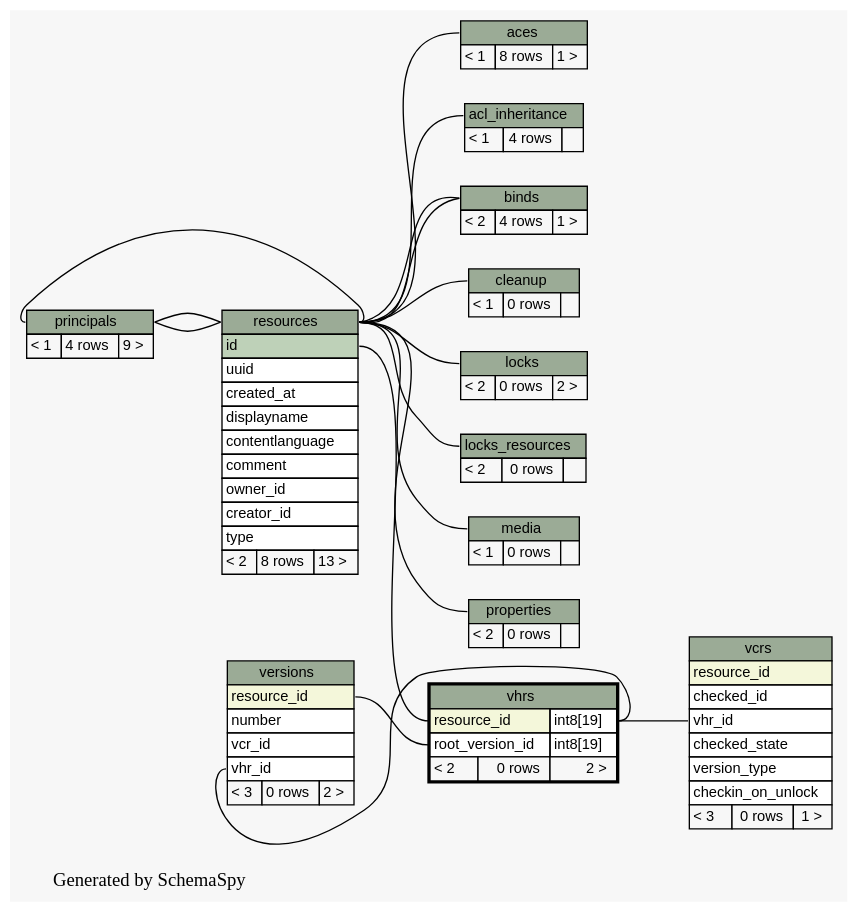
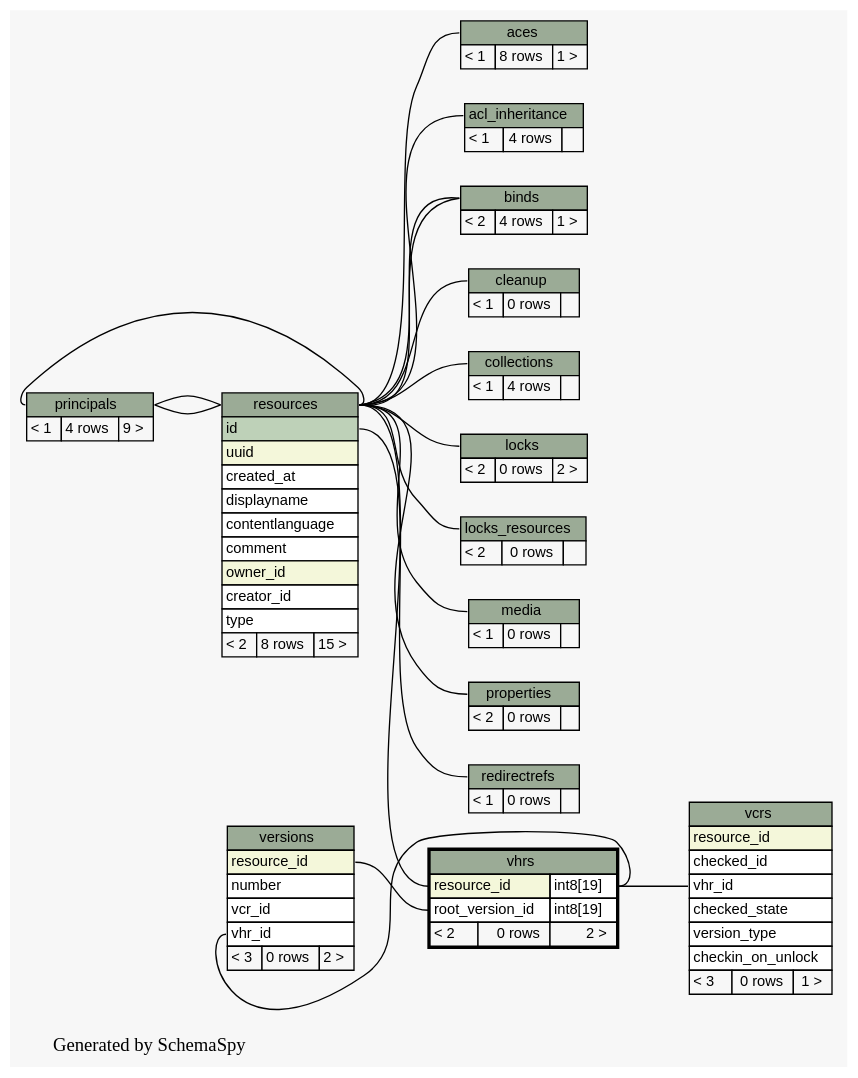
Before and after one commit to tolsen/limestone: the diagram in limestone/doc/schemaSpy/graphs/vhrs.2degrees.dot, drawn with Graphviz. The commit also changed 156 other files, not shown here.

Commit message:
update limestone schemaSpy

```diff
--- a/limestone/doc/schemaSpy/graphs/vhrs.2degrees.dot
+++ b/limestone/doc/schemaSpy/graphs/vhrs.2degrees.dot
@@ -1,171 +1,191 @@
-// dot 2.20.2 on Linux 2.6.25-2-amd64
+// dot 2.20.2 on Linux 2.6.28-1-amd64
 digraph "twoDegreesRelationshipsGraph" {
   graph [
     rankdir="RL"
     bgcolor="#f7f7f7"
     label="\nGenerated by SchemaSpy"
     labeljust="l"
   ];
   node [
     fontname="Helvetica"
     fontsize="11"
     shape="plaintext"
   ];
   edge [
     arrowsize="0.8"
   ];
   "aces":"aces.heading":w -> "resources":"resources.heading":e [arrowtail=crowtee arrowhead=none];
   "acl_inheritance":"acl_inheritance.heading":w -> "resources":"resources.heading":e [arrowtail=tee arrowhead=none];
   "binds":"binds.heading":w -> "resources":"resources.heading":e [arrowtail=crowtee arrowhead=none];
   "binds":"binds.heading":w -> "resources":"resources.heading":e [arrowtail=crowtee arrowhead=none];
   "cleanup":"cleanup.heading":w -> "resources":"resources.heading":e [arrowtail=crowtee arrowhead=none];
+  "collections":"collections.heading":w -> "resources":"resources.heading":e [arrowtail=tee arrowhead=none];
   "locks":"locks.heading":w -> "resources":"resources.heading":e [arrowtail=crowtee arrowhead=none];
   "locks_resources":"locks_resources.heading":w -> "resources":"resources.heading":e [arrowtail=crowtee arrowhead=none];
   "media":"media.heading":w -> "resources":"resources.heading":e [arrowtail=crowtee arrowhead=none];
   "principals":"principals.heading":w -> "resources":"resources.heading":e [arrowtail=tee arrowhead=none];
   "properties":"properties.heading":w -> "resources":"resources.heading":e [arrowtail=crowtee arrowhead=none];
+  "redirectrefs":"redirectrefs.heading":w -> "resources":"resources.heading":e [arrowtail=tee arrowhead=none];
   "resources":"resources.heading":w -> "principals":"principals.heading":e [arrowtail=crowtee arrowhead=none];
   "resources":"resources.heading":w -> "principals":"principals.heading":e [arrowtail=crowtee arrowhead=none];
   "vcrs":"vhr_id":w -> "vhrs":"resource_id.type":e [arrowtail=crowtee arrowhead=none];
   "versions":"vhr_id":w -> "vhrs":"resource_id.type":e [arrowtail=crowtee arrowhead=none];
   "vhrs":"resource_id":w -> "resources":"id":e [arrowtail=tee arrowhead=none];
   "vhrs":"root_version_id":w -> "versions":"resource_id":e [arrowtail=crowtee arrowhead=none];
   "aces" [
     label=<
     <TABLE BORDER="0" CELLBORDER="1" CELLSPACING="0" BGCOLOR="#ffffff">
       <TR><TD PORT="aces.heading" COLSPAN="3" BGCOLOR="#9bab96" ALIGN="CENTER">aces</TD></TR>
       <TR><TD ALIGN="LEFT" BGCOLOR="#f7f7f7">&lt; 1</TD><TD ALIGN="RIGHT" BGCOLOR="#f7f7f7">8 rows</TD><TD ALIGN="RIGHT" BGCOLOR="#f7f7f7">1 &gt;</TD></TR>
     </TABLE>>
     URL="aces.html#graph"
     tooltip="aces"
   ];
   "acl_inheritance" [
     label=<
     <TABLE BORDER="0" CELLBORDER="1" CELLSPACING="0" BGCOLOR="#ffffff">
       <TR><TD PORT="acl_inheritance.heading" COLSPAN="3" BGCOLOR="#9bab96" ALIGN="CENTER">acl_inheritance</TD></TR>
       <TR><TD ALIGN="LEFT" BGCOLOR="#f7f7f7">&lt; 1</TD><TD ALIGN="RIGHT" BGCOLOR="#f7f7f7">4 rows</TD><TD ALIGN="RIGHT" BGCOLOR="#f7f7f7">  </TD></TR>
     </TABLE>>
     URL="acl_inheritance.html#graph"
     tooltip="acl_inheritance"
   ];
   "binds" [
     label=<
     <TABLE BORDER="0" CELLBORDER="1" CELLSPACING="0" BGCOLOR="#ffffff">
       <TR><TD PORT="binds.heading" COLSPAN="3" BGCOLOR="#9bab96" ALIGN="CENTER">binds</TD></TR>
       <TR><TD ALIGN="LEFT" BGCOLOR="#f7f7f7">&lt; 2</TD><TD ALIGN="RIGHT" BGCOLOR="#f7f7f7">4 rows</TD><TD ALIGN="RIGHT" BGCOLOR="#f7f7f7">1 &gt;</TD></TR>
     </TABLE>>
     URL="binds.html#graph"
     tooltip="binds"
   ];
   "cleanup" [
     label=<
     <TABLE BORDER="0" CELLBORDER="1" CELLSPACING="0" BGCOLOR="#ffffff">
       <TR><TD PORT="cleanup.heading" COLSPAN="3" BGCOLOR="#9bab96" ALIGN="CENTER">cleanup</TD></TR>
       <TR><TD ALIGN="LEFT" BGCOLOR="#f7f7f7">&lt; 1</TD><TD ALIGN="RIGHT" BGCOLOR="#f7f7f7">0 rows</TD><TD ALIGN="RIGHT" BGCOLOR="#f7f7f7">  </TD></TR>
     </TABLE>>
     URL="cleanup.html#graph"
     tooltip="cleanup"
+  ];
+  "collections" [
+    label=<
+    <TABLE BORDER="0" CELLBORDER="1" CELLSPACING="0" BGCOLOR="#ffffff">
+      <TR><TD PORT="collections.heading" COLSPAN="3" BGCOLOR="#9bab96" ALIGN="CENTER">collections</TD></TR>
+      <TR><TD ALIGN="LEFT" BGCOLOR="#f7f7f7">&lt; 1</TD><TD ALIGN="RIGHT" BGCOLOR="#f7f7f7">4 rows</TD><TD ALIGN="RIGHT" BGCOLOR="#f7f7f7">  </TD></TR>
+    </TABLE>>
+    URL="collections.html#graph"
+    tooltip="collections"
   ];
   "locks" [
     label=<
     <TABLE BORDER="0" CELLBORDER="1" CELLSPACING="0" BGCOLOR="#ffffff">
       <TR><TD PORT="locks.heading" COLSPAN="3" BGCOLOR="#9bab96" ALIGN="CENTER">locks</TD></TR>
       <TR><TD ALIGN="LEFT" BGCOLOR="#f7f7f7">&lt; 2</TD><TD ALIGN="RIGHT" BGCOLOR="#f7f7f7">0 rows</TD><TD ALIGN="RIGHT" BGCOLOR="#f7f7f7">2 &gt;</TD></TR>
     </TABLE>>
     URL="locks.html#graph"
     tooltip="locks"
   ];
   "locks_resources" [
     label=<
     <TABLE BORDER="0" CELLBORDER="1" CELLSPACING="0" BGCOLOR="#ffffff">
       <TR><TD PORT="locks_resources.heading" COLSPAN="3" BGCOLOR="#9bab96" ALIGN="CENTER">locks_resources</TD></TR>
       <TR><TD ALIGN="LEFT" BGCOLOR="#f7f7f7">&lt; 2</TD><TD ALIGN="RIGHT" BGCOLOR="#f7f7f7">0 rows</TD><TD ALIGN="RIGHT" BGCOLOR="#f7f7f7">  </TD></TR>
     </TABLE>>
     URL="locks_resources.html#graph"
     tooltip="locks_resources"
   ];
   "media" [
     label=<
     <TABLE BORDER="0" CELLBORDER="1" CELLSPACING="0" BGCOLOR="#ffffff">
       <TR><TD PORT="media.heading" COLSPAN="3" BGCOLOR="#9bab96" ALIGN="CENTER">media</TD></TR>
       <TR><TD ALIGN="LEFT" BGCOLOR="#f7f7f7">&lt; 1</TD><TD ALIGN="RIGHT" BGCOLOR="#f7f7f7">0 rows</TD><TD ALIGN="RIGHT" BGCOLOR="#f7f7f7">  </TD></TR>
     </TABLE>>
     URL="media.html#graph"
     tooltip="media"
   ];
   "principals" [
     label=<
     <TABLE BORDER="0" CELLBORDER="1" CELLSPACING="0" BGCOLOR="#ffffff">
       <TR><TD PORT="principals.heading" COLSPAN="3" BGCOLOR="#9bab96" ALIGN="CENTER">principals</TD></TR>
       <TR><TD ALIGN="LEFT" BGCOLOR="#f7f7f7">&lt; 1</TD><TD ALIGN="RIGHT" BGCOLOR="#f7f7f7">4 rows</TD><TD ALIGN="RIGHT" BGCOLOR="#f7f7f7">9 &gt;</TD></TR>
     </TABLE>>
     URL="principals.html#graph"
     tooltip="principals"
   ];
   "properties" [
     label=<
     <TABLE BORDER="0" CELLBORDER="1" CELLSPACING="0" BGCOLOR="#ffffff">
       <TR><TD PORT="properties.heading" COLSPAN="3" BGCOLOR="#9bab96" ALIGN="CENTER">properties</TD></TR>
       <TR><TD ALIGN="LEFT" BGCOLOR="#f7f7f7">&lt; 2</TD><TD ALIGN="RIGHT" BGCOLOR="#f7f7f7">0 rows</TD><TD ALIGN="RIGHT" BGCOLOR="#f7f7f7">  </TD></TR>
     </TABLE>>
     URL="properties.html#graph"
     tooltip="properties"
   ];
+  "redirectrefs" [
+    label=<
+    <TABLE BORDER="0" CELLBORDER="1" CELLSPACING="0" BGCOLOR="#ffffff">
+      <TR><TD PORT="redirectrefs.heading" COLSPAN="3" BGCOLOR="#9bab96" ALIGN="CENTER">redirectrefs</TD></TR>
+      <TR><TD ALIGN="LEFT" BGCOLOR="#f7f7f7">&lt; 1</TD><TD ALIGN="RIGHT" BGCOLOR="#f7f7f7">0 rows</TD><TD ALIGN="RIGHT" BGCOLOR="#f7f7f7">  </TD></TR>
+    </TABLE>>
+    URL="redirectrefs.html#graph"
+    tooltip="redirectrefs"
+  ];
   "resources" [
     label=<
     <TABLE BORDER="0" CELLBORDER="1" CELLSPACING="0" BGCOLOR="#ffffff">
       <TR><TD PORT="resources.heading" COLSPAN="3" BGCOLOR="#9bab96" ALIGN="CENTER">resources</TD></TR>
       <TR><TD PORT="id" COLSPAN="3" BGCOLOR="#bed1b8" ALIGN="LEFT">id</TD></TR>
-      <TR><TD PORT="uuid" COLSPAN="3" ALIGN="LEFT">uuid</TD></TR>
+      <TR><TD PORT="uuid" COLSPAN="3" BGCOLOR="#f4f7da" ALIGN="LEFT">uuid</TD></TR>
       <TR><TD PORT="created_at" COLSPAN="3" ALIGN="LEFT">created_at</TD></TR>
       <TR><TD PORT="displayname" COLSPAN="3" ALIGN="LEFT">displayname</TD></TR>
       <TR><TD PORT="contentlanguage" COLSPAN="3" ALIGN="LEFT">contentlanguage</TD></TR>
       <TR><TD PORT="comment" COLSPAN="3" ALIGN="LEFT">comment</TD></TR>
-      <TR><TD PORT="owner_id" COLSPAN="3" ALIGN="LEFT">owner_id</TD></TR>
+      <TR><TD PORT="owner_id" COLSPAN="3" BGCOLOR="#f4f7da" ALIGN="LEFT">owner_id</TD></TR>
       <TR><TD PORT="creator_id" COLSPAN="3" ALIGN="LEFT">creator_id</TD></TR>
       <TR><TD PORT="type" COLSPAN="3" ALIGN="LEFT">type</TD></TR>
-      <TR><TD ALIGN="LEFT" BGCOLOR="#f7f7f7">&lt; 2</TD><TD ALIGN="RIGHT" BGCOLOR="#f7f7f7">8 rows</TD><TD ALIGN="RIGHT" BGCOLOR="#f7f7f7">13 &gt;</TD></TR>
+      <TR><TD ALIGN="LEFT" BGCOLOR="#f7f7f7">&lt; 2</TD><TD ALIGN="RIGHT" BGCOLOR="#f7f7f7">8 rows</TD><TD ALIGN="RIGHT" BGCOLOR="#f7f7f7">15 &gt;</TD></TR>
     </TABLE>>
     URL="resources.html#graph"
     tooltip="resources"
   ];
   "vcrs" [
     label=<
     <TABLE BORDER="0" CELLBORDER="1" CELLSPACING="0" BGCOLOR="#ffffff">
       <TR><TD PORT="vcrs.heading" COLSPAN="3" BGCOLOR="#9bab96" ALIGN="CENTER">vcrs</TD></TR>
       <TR><TD PORT="resource_id" COLSPAN="3" BGCOLOR="#f4f7da" ALIGN="LEFT">resource_id</TD></TR>
       <TR><TD PORT="checked_id" COLSPAN="3" ALIGN="LEFT">checked_id</TD></TR>
       <TR><TD PORT="vhr_id" COLSPAN="3" ALIGN="LEFT">vhr_id</TD></TR>
       <TR><TD PORT="checked_state" COLSPAN="3" ALIGN="LEFT">checked_state</TD></TR>
       <TR><TD PORT="version_type" COLSPAN="3" ALIGN="LEFT">version_type</TD></TR>
       <TR><TD PORT="checkin_on_unlock" COLSPAN="3" ALIGN="LEFT">checkin_on_unlock</TD></TR>
       <TR><TD ALIGN="LEFT" BGCOLOR="#f7f7f7">&lt; 3</TD><TD ALIGN="RIGHT" BGCOLOR="#f7f7f7">0 rows</TD><TD ALIGN="RIGHT" BGCOLOR="#f7f7f7">1 &gt;</TD></TR>
     </TABLE>>
     URL="vcrs.html#graph"
     tooltip="vcrs"
   ];
   "versions" [
     label=<
     <TABLE BORDER="0" CELLBORDER="1" CELLSPACING="0" BGCOLOR="#ffffff">
       <TR><TD PORT="versions.heading" COLSPAN="3" BGCOLOR="#9bab96" ALIGN="CENTER">versions</TD></TR>
       <TR><TD PORT="resource_id" COLSPAN="3" BGCOLOR="#f4f7da" ALIGN="LEFT">resource_id</TD></TR>
       <TR><TD PORT="number" COLSPAN="3" ALIGN="LEFT">number</TD></TR>
       <TR><TD PORT="vcr_id" COLSPAN="3" ALIGN="LEFT">vcr_id</TD></TR>
       <TR><TD PORT="vhr_id" COLSPAN="3" ALIGN="LEFT">vhr_id</TD></TR>
       <TR><TD ALIGN="LEFT" BGCOLOR="#f7f7f7">&lt; 3</TD><TD ALIGN="RIGHT" BGCOLOR="#f7f7f7">0 rows</TD><TD ALIGN="RIGHT" BGCOLOR="#f7f7f7">2 &gt;</TD></TR>
     </TABLE>>
     URL="versions.html#graph"
     tooltip="versions"
   ];
   "vhrs" [
     label=<
     <TABLE BORDER="2" CELLBORDER="1" CELLSPACING="0" BGCOLOR="#ffffff">
       <TR><TD PORT="vhrs.heading" COLSPAN="3" BGCOLOR="#9bab96" ALIGN="CENTER">vhrs</TD></TR>
       <TR><TD PORT="resource_id" COLSPAN="2" BGCOLOR="#f4f7da" ALIGN="LEFT">resource_id</TD><TD PORT="resource_id.type" ALIGN="LEFT">int8[19]</TD></TR>
       <TR><TD PORT="root_version_id" COLSPAN="2" ALIGN="LEFT">root_version_id</TD><TD PORT="root_version_id.type" ALIGN="LEFT">int8[19]</TD></TR>
       <TR><TD ALIGN="LEFT" BGCOLOR="#f7f7f7">&lt; 2</TD><TD ALIGN="RIGHT" BGCOLOR="#f7f7f7">0 rows</TD><TD ALIGN="RIGHT" BGCOLOR="#f7f7f7">2 &gt;</TD></TR>
     </TABLE>>
     URL="vhrs.html#"
     tooltip="vhrs"
   ];
 }
```
